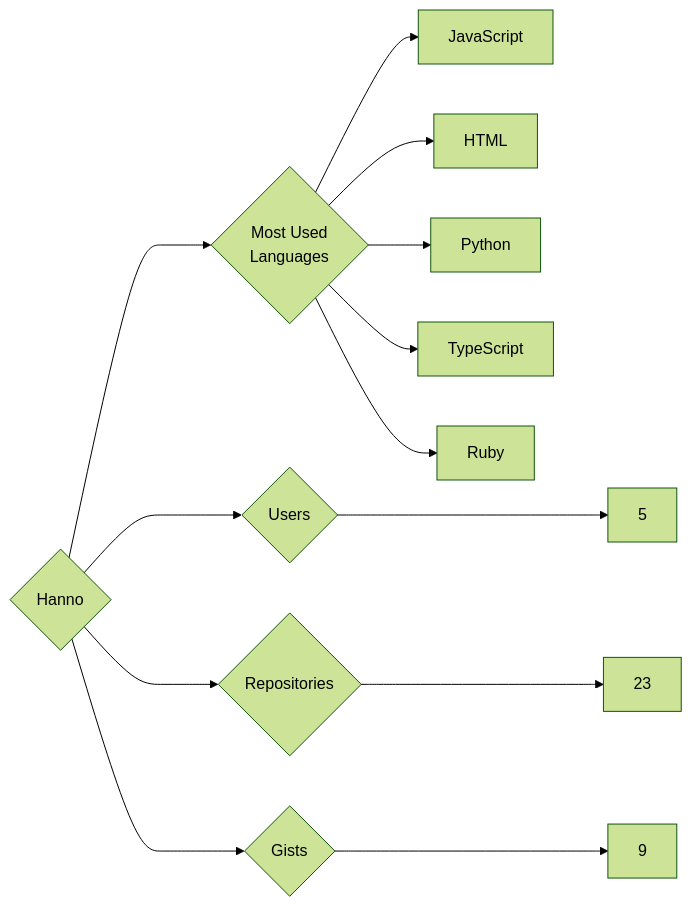
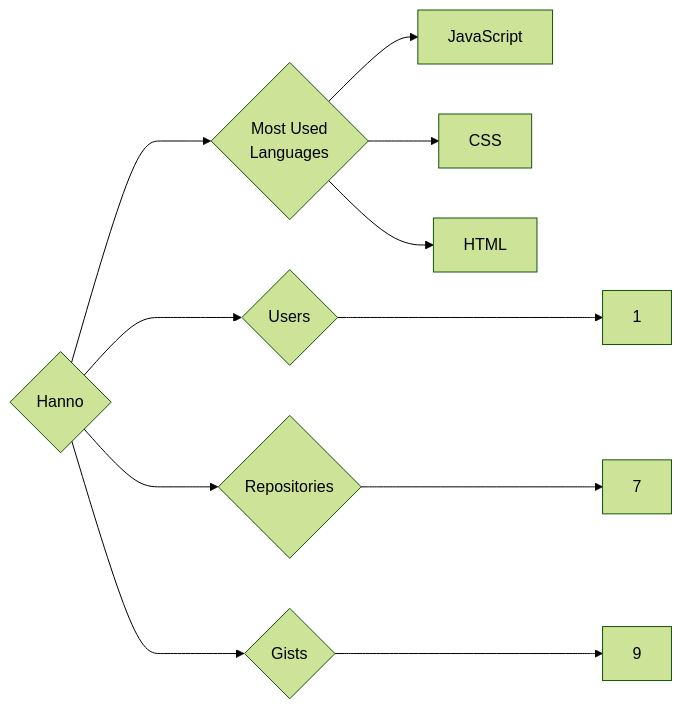
The diagram in targets/Hanno/README.md (trickest/insiders), drawn with Mermaid (forest theme) before and after one commit. The commit also changed 1092 other files, not shown here.

````diff
--- a/targets/Hanno/README.md
+++ b/targets/Hanno/README.md
@@ -3,13 +3,11 @@
 ```mermaid
 graph LR
 COMPANY_NAME{Hanno}
-COMPANY_NAME ---> U{Users} ---> UN[5]
-COMPANY_NAME ---> R{Repositories} ---> RN[23]
+COMPANY_NAME ---> U{Users} ---> UN[1]
+COMPANY_NAME ---> R{Repositories} ---> RN[7]
 COMPANY_NAME ---> G{Gists} ---> GN[9]
 COMPANY_NAME ---> ML{Most Used<br>Languages}
 ML --> JavaScript[JavaScript]
+ML --> CSS[CSS]
 ML --> HTML[HTML]
-ML --> Python[Python]
-ML --> TypeScript[TypeScript]
-ML --> Ruby[Ruby]
 ```
````
